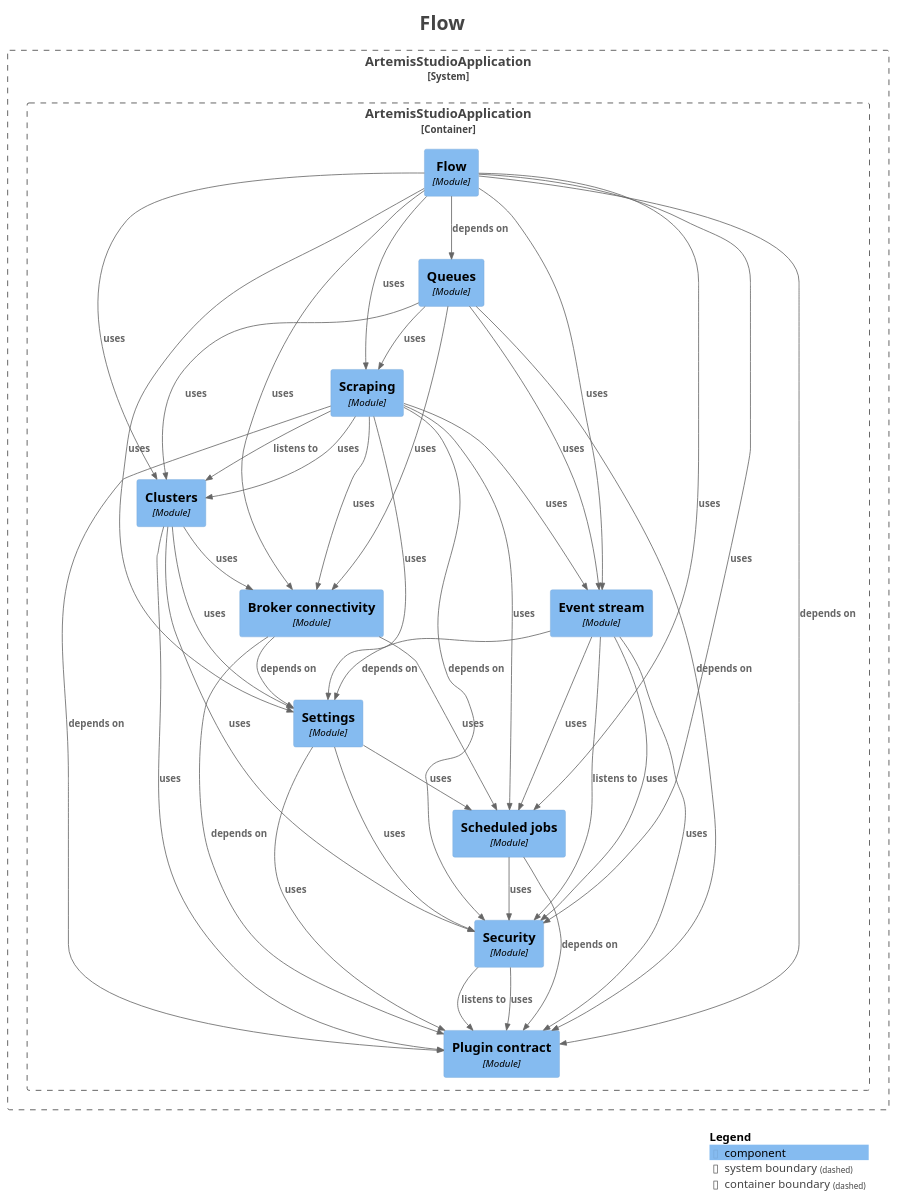
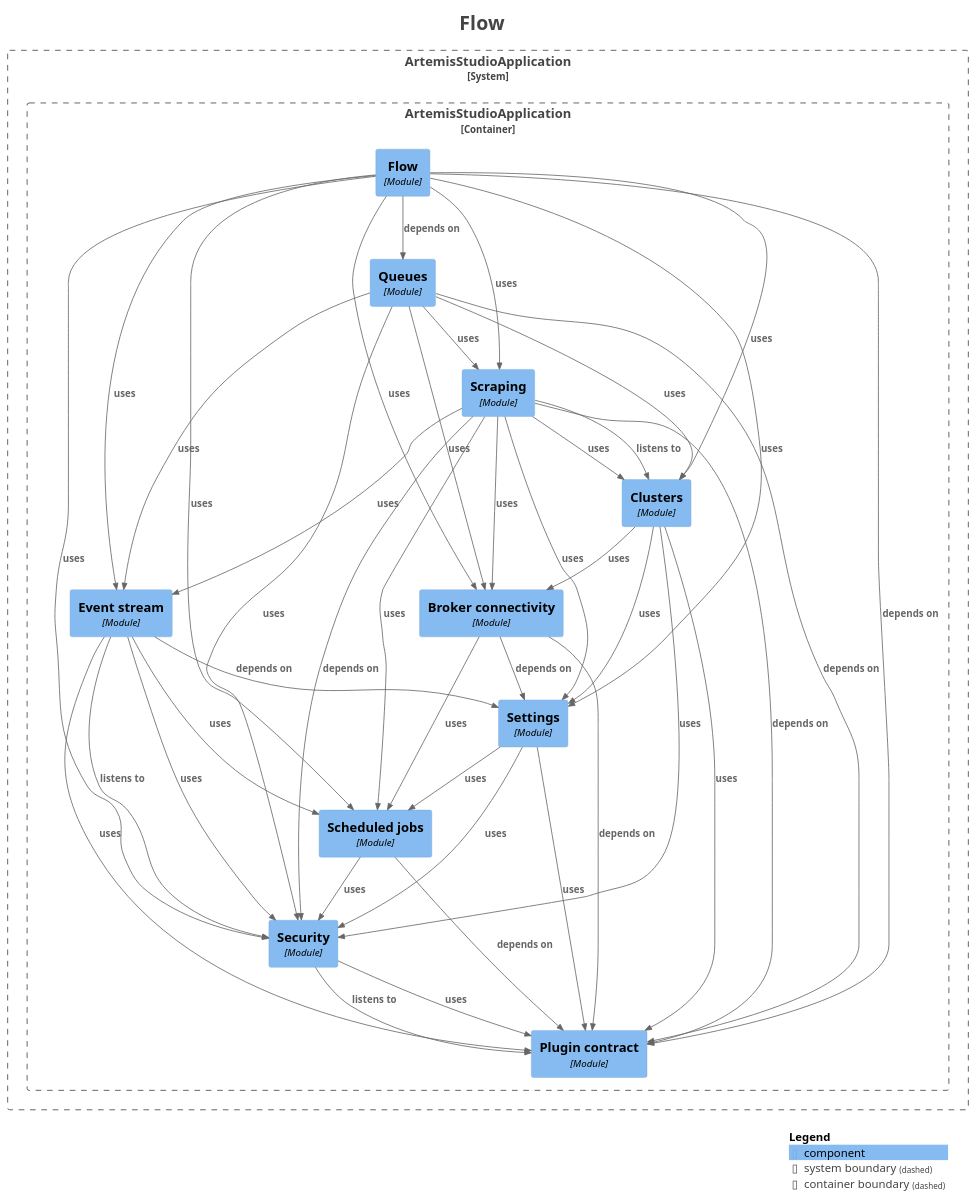
The diagram in docs/modules/module-feature.flow.puml (sudoitir/artemis-studio), drawn with PlantUML before and after one commit. The commit also changed 57 other files, not shown here.

```diff
--- a/docs/modules/module-feature.flow.puml
+++ b/docs/modules/module-feature.flow.puml
@@ -1,78 +1,79 @@
 @startuml
 title <size:24>Flow</size>
 
 set separator none
 top to bottom direction
 
 <style>
   root {
     BackgroundColor: #ffffff
     FontColor: #444444
   }
 </style>
 
 !include <C4/C4>
 !include <C4/C4_Context>
 !include <C4/C4_Component>
 
 System_Boundary("ArtemisStudioApplication_boundary", "ArtemisStudioApplication", $tags="") {
   Container_Boundary("ArtemisStudioApplication.ArtemisStudioApplication_boundary", "ArtemisStudioApplication", $tags="") {
     Component(ArtemisStudioApplication.ArtemisStudioApplication.Settings, "Settings", $techn="Module", $descr="", $tags="", $link="")
     Component(ArtemisStudioApplication.ArtemisStudioApplication.Eventstream, "Event stream", $techn="Module", $descr="", $tags="", $link="")
     Component(ArtemisStudioApplication.ArtemisStudioApplication.Brokerconnectivity, "Broker connectivity", $techn="Module", $descr="", $tags="", $link="")
     Component(ArtemisStudioApplication.ArtemisStudioApplication.Clusters, "Clusters", $techn="Module", $descr="", $tags="", $link="")
     Component(ArtemisStudioApplication.ArtemisStudioApplication.Scraping, "Scraping", $techn="Module", $descr="", $tags="", $link="")
     Component(ArtemisStudioApplication.ArtemisStudioApplication.Queues, "Queues", $techn="Module", $descr="", $tags="", $link="")
     Component(ArtemisStudioApplication.ArtemisStudioApplication.Flow, "Flow", $techn="Module", $descr="", $tags="", $link="")
     Component(ArtemisStudioApplication.ArtemisStudioApplication.Plugincontract, "Plugin contract", $techn="Module", $descr="", $tags="", $link="")
     Component(ArtemisStudioApplication.ArtemisStudioApplication.Security, "Security", $techn="Module", $descr="", $tags="", $link="")
     Component(ArtemisStudioApplication.ArtemisStudioApplication.Scheduledjobs, "Scheduled jobs", $techn="Module", $descr="", $tags="", $link="")
   }
 
 }
 
 Rel(ArtemisStudioApplication.ArtemisStudioApplication.Brokerconnectivity, ArtemisStudioApplication.ArtemisStudioApplication.Plugincontract, "depends on", $techn="", $tags="", $link="")
 Rel(ArtemisStudioApplication.ArtemisStudioApplication.Brokerconnectivity, ArtemisStudioApplication.ArtemisStudioApplication.Scheduledjobs, "uses", $techn="", $tags="", $link="")
 Rel(ArtemisStudioApplication.ArtemisStudioApplication.Brokerconnectivity, ArtemisStudioApplication.ArtemisStudioApplication.Settings, "depends on", $techn="", $tags="", $link="")
 Rel(ArtemisStudioApplication.ArtemisStudioApplication.Clusters, ArtemisStudioApplication.ArtemisStudioApplication.Brokerconnectivity, "uses", $techn="", $tags="", $link="")
 Rel(ArtemisStudioApplication.ArtemisStudioApplication.Clusters, ArtemisStudioApplication.ArtemisStudioApplication.Plugincontract, "uses", $techn="", $tags="", $link="")
 Rel(ArtemisStudioApplication.ArtemisStudioApplication.Clusters, ArtemisStudioApplication.ArtemisStudioApplication.Security, "uses", $techn="", $tags="", $link="")
 Rel(ArtemisStudioApplication.ArtemisStudioApplication.Clusters, ArtemisStudioApplication.ArtemisStudioApplication.Settings, "uses", $techn="", $tags="", $link="")
 Rel(ArtemisStudioApplication.ArtemisStudioApplication.Eventstream, ArtemisStudioApplication.ArtemisStudioApplication.Plugincontract, "uses", $techn="", $tags="", $link="")
 Rel(ArtemisStudioApplication.ArtemisStudioApplication.Eventstream, ArtemisStudioApplication.ArtemisStudioApplication.Scheduledjobs, "uses", $techn="", $tags="", $link="")
 Rel(ArtemisStudioApplication.ArtemisStudioApplication.Eventstream, ArtemisStudioApplication.ArtemisStudioApplication.Security, "listens to", $techn="", $tags="", $link="")
 Rel(ArtemisStudioApplication.ArtemisStudioApplication.Eventstream, ArtemisStudioApplication.ArtemisStudioApplication.Security, "uses", $techn="", $tags="", $link="")
 Rel(ArtemisStudioApplication.ArtemisStudioApplication.Eventstream, ArtemisStudioApplication.ArtemisStudioApplication.Settings, "depends on", $techn="", $tags="", $link="")
 Rel(ArtemisStudioApplication.ArtemisStudioApplication.Flow, ArtemisStudioApplication.ArtemisStudioApplication.Brokerconnectivity, "uses", $techn="", $tags="", $link="")
 Rel(ArtemisStudioApplication.ArtemisStudioApplication.Flow, ArtemisStudioApplication.ArtemisStudioApplication.Clusters, "uses", $techn="", $tags="", $link="")
 Rel(ArtemisStudioApplication.ArtemisStudioApplication.Flow, ArtemisStudioApplication.ArtemisStudioApplication.Eventstream, "uses", $techn="", $tags="", $link="")
 Rel(ArtemisStudioApplication.ArtemisStudioApplication.Flow, ArtemisStudioApplication.ArtemisStudioApplication.Plugincontract, "depends on", $techn="", $tags="", $link="")
 Rel(ArtemisStudioApplication.ArtemisStudioApplication.Flow, ArtemisStudioApplication.ArtemisStudioApplication.Queues, "depends on", $techn="", $tags="", $link="")
 Rel(ArtemisStudioApplication.ArtemisStudioApplication.Flow, ArtemisStudioApplication.ArtemisStudioApplication.Scheduledjobs, "uses", $techn="", $tags="", $link="")
 Rel(ArtemisStudioApplication.ArtemisStudioApplication.Flow, ArtemisStudioApplication.ArtemisStudioApplication.Scraping, "uses", $techn="", $tags="", $link="")
 Rel(ArtemisStudioApplication.ArtemisStudioApplication.Flow, ArtemisStudioApplication.ArtemisStudioApplication.Security, "uses", $techn="", $tags="", $link="")
 Rel(ArtemisStudioApplication.ArtemisStudioApplication.Flow, ArtemisStudioApplication.ArtemisStudioApplication.Settings, "uses", $techn="", $tags="", $link="")
 Rel(ArtemisStudioApplication.ArtemisStudioApplication.Queues, ArtemisStudioApplication.ArtemisStudioApplication.Brokerconnectivity, "uses", $techn="", $tags="", $link="")
 Rel(ArtemisStudioApplication.ArtemisStudioApplication.Queues, ArtemisStudioApplication.ArtemisStudioApplication.Clusters, "uses", $techn="", $tags="", $link="")
 Rel(ArtemisStudioApplication.ArtemisStudioApplication.Queues, ArtemisStudioApplication.ArtemisStudioApplication.Eventstream, "uses", $techn="", $tags="", $link="")
 Rel(ArtemisStudioApplication.ArtemisStudioApplication.Queues, ArtemisStudioApplication.ArtemisStudioApplication.Plugincontract, "depends on", $techn="", $tags="", $link="")
 Rel(ArtemisStudioApplication.ArtemisStudioApplication.Queues, ArtemisStudioApplication.ArtemisStudioApplication.Scraping, "uses", $techn="", $tags="", $link="")
+Rel(ArtemisStudioApplication.ArtemisStudioApplication.Queues, ArtemisStudioApplication.ArtemisStudioApplication.Security, "uses", $techn="", $tags="", $link="")
 Rel(ArtemisStudioApplication.ArtemisStudioApplication.Scheduledjobs, ArtemisStudioApplication.ArtemisStudioApplication.Plugincontract, "depends on", $techn="", $tags="", $link="")
 Rel(ArtemisStudioApplication.ArtemisStudioApplication.Scheduledjobs, ArtemisStudioApplication.ArtemisStudioApplication.Security, "uses", $techn="", $tags="", $link="")
 Rel(ArtemisStudioApplication.ArtemisStudioApplication.Scraping, ArtemisStudioApplication.ArtemisStudioApplication.Brokerconnectivity, "uses", $techn="", $tags="", $link="")
 Rel(ArtemisStudioApplication.ArtemisStudioApplication.Scraping, ArtemisStudioApplication.ArtemisStudioApplication.Clusters, "listens to", $techn="", $tags="", $link="")
 Rel(ArtemisStudioApplication.ArtemisStudioApplication.Scraping, ArtemisStudioApplication.ArtemisStudioApplication.Clusters, "uses", $techn="", $tags="", $link="")
 Rel(ArtemisStudioApplication.ArtemisStudioApplication.Scraping, ArtemisStudioApplication.ArtemisStudioApplication.Eventstream, "uses", $techn="", $tags="", $link="")
 Rel(ArtemisStudioApplication.ArtemisStudioApplication.Scraping, ArtemisStudioApplication.ArtemisStudioApplication.Plugincontract, "depends on", $techn="", $tags="", $link="")
 Rel(ArtemisStudioApplication.ArtemisStudioApplication.Scraping, ArtemisStudioApplication.ArtemisStudioApplication.Scheduledjobs, "uses", $techn="", $tags="", $link="")
 Rel(ArtemisStudioApplication.ArtemisStudioApplication.Scraping, ArtemisStudioApplication.ArtemisStudioApplication.Security, "depends on", $techn="", $tags="", $link="")
 Rel(ArtemisStudioApplication.ArtemisStudioApplication.Scraping, ArtemisStudioApplication.ArtemisStudioApplication.Settings, "uses", $techn="", $tags="", $link="")
 Rel(ArtemisStudioApplication.ArtemisStudioApplication.Security, ArtemisStudioApplication.ArtemisStudioApplication.Plugincontract, "listens to", $techn="", $tags="", $link="")
 Rel(ArtemisStudioApplication.ArtemisStudioApplication.Security, ArtemisStudioApplication.ArtemisStudioApplication.Plugincontract, "uses", $techn="", $tags="", $link="")
 Rel(ArtemisStudioApplication.ArtemisStudioApplication.Settings, ArtemisStudioApplication.ArtemisStudioApplication.Plugincontract, "uses", $techn="", $tags="", $link="")
 Rel(ArtemisStudioApplication.ArtemisStudioApplication.Settings, ArtemisStudioApplication.ArtemisStudioApplication.Scheduledjobs, "uses", $techn="", $tags="", $link="")
 Rel(ArtemisStudioApplication.ArtemisStudioApplication.Settings, ArtemisStudioApplication.ArtemisStudioApplication.Security, "uses", $techn="", $tags="", $link="")
 
 SHOW_LEGEND(true)
 hide stereotypes
 @enduml
```
